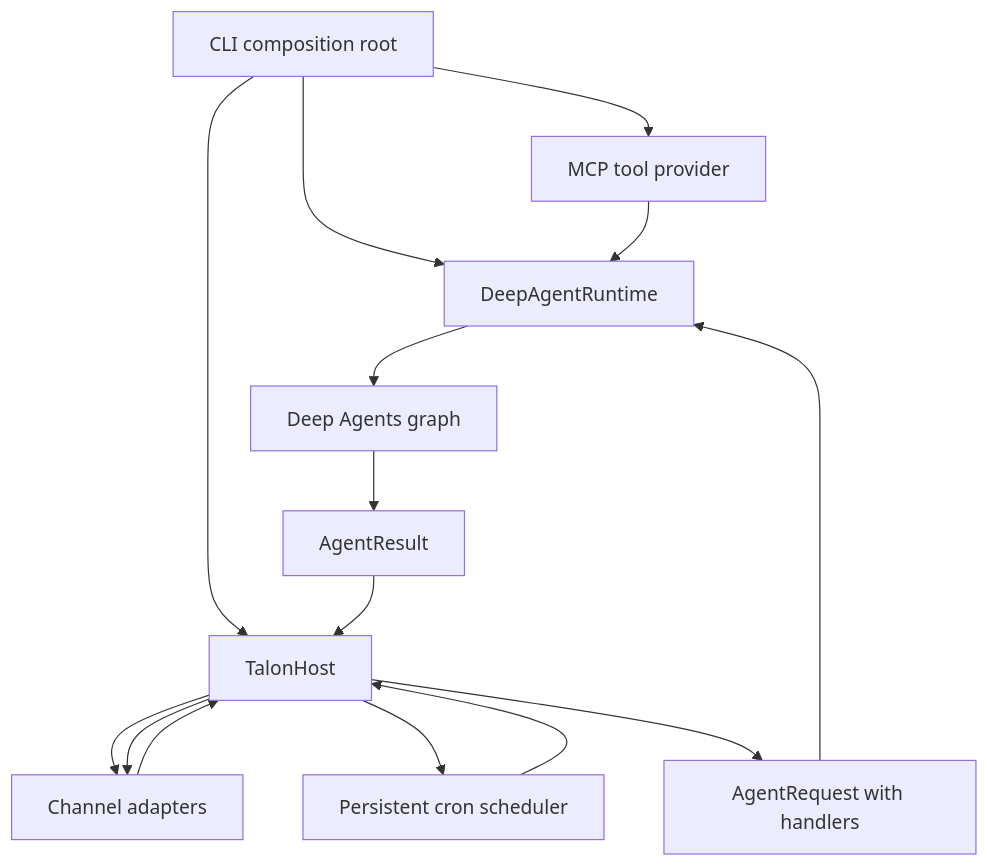
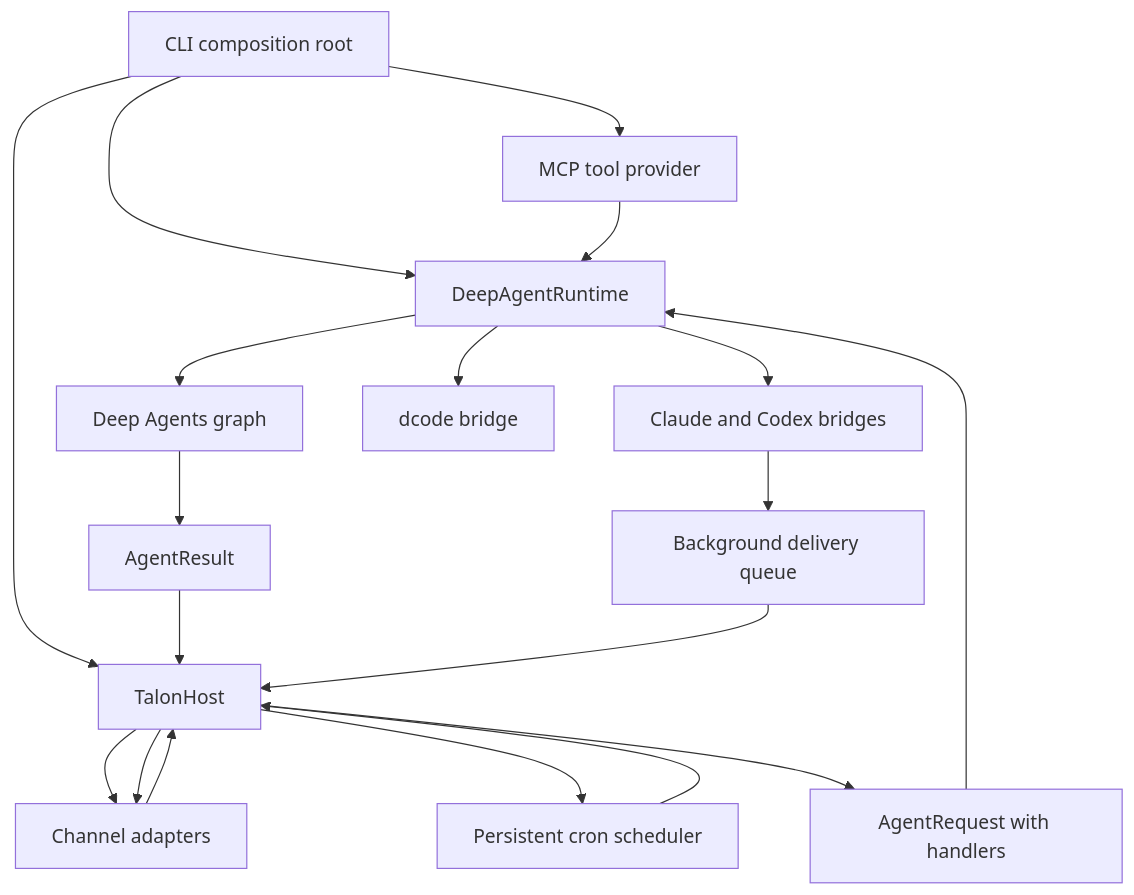
The first of 2 diagrams in openwiki/integrations/talon.md (langchain-ai/deepagents), drawn with Mermaid before and after one commit. The commit also changed other lines of this file and 34 other files, not shown here.

````diff
--- a/openwiki/integrations/talon.md
+++ b/openwiki/integrations/talon.md
@@ -71,17 +71,21 @@
 ```mermaid
 flowchart TD
     CLI["CLI composition root"] --> MCP["MCP tool provider"]
     CLI --> Host["TalonHost"]
     CLI --> Runtime["DeepAgentRuntime"]
     MCP --> Runtime
     Host --> Channel["Channel adapters"]
     Host --> Scheduler["Persistent cron scheduler"]
     Channel --> Host
     Scheduler --> Host
     Host --> Request["AgentRequest with handlers"]
     Request --> Runtime
     Runtime --> Graph["Deep Agents graph"]
+    Runtime --> Bridge["Claude and Codex bridges"]
+    Bridge --> Delivery["Background delivery queue"]
+    Runtime --> Dcode["dcode bridge"]
     Graph --> Result["AgentResult"]
     Result --> Host
+    Delivery --> Host
     Host --> Channel
 ```
````
